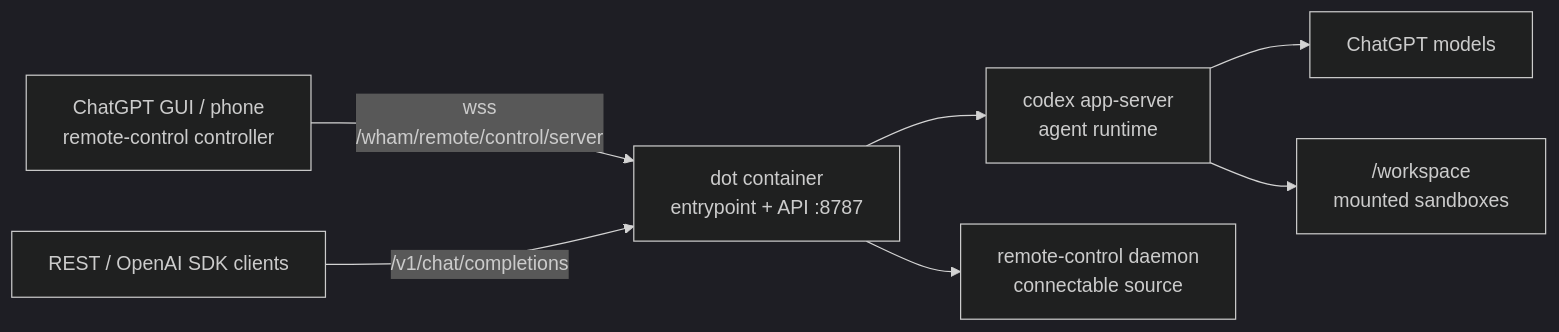
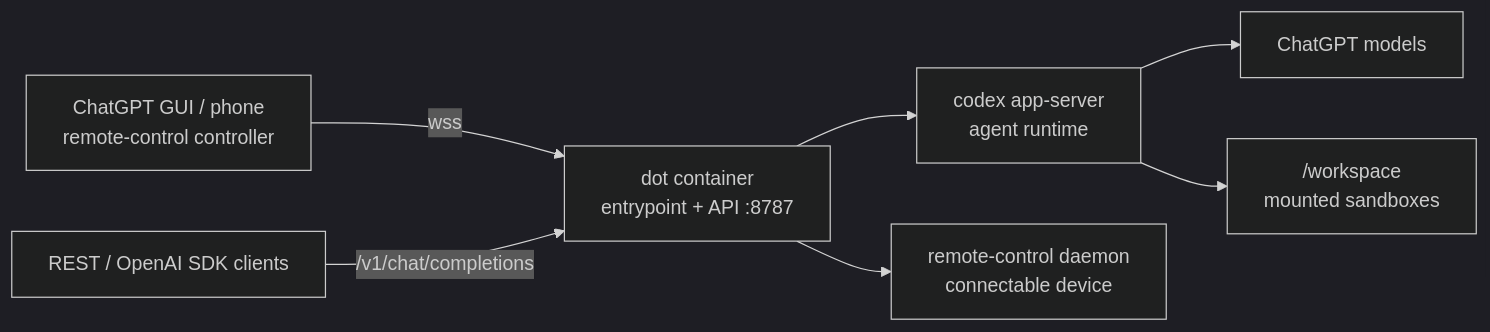
The diagram in README.md (EricVogt93/dot), drawn with Mermaid (dark theme) before and after one commit. The commit also changed other lines of this file and 23 other files, not shown here.

````diff
--- a/README.md
+++ b/README.md
@@ -26,9 +36,9 @@
 ```mermaid
 flowchart LR
-  GUI["ChatGPT GUI / phone<br/>remote-control controller"] -->|"wss<br/>/wham/remote/control/server"| DOT
+  GUI["ChatGPT GUI / phone<br/>remote-control controller"] -->|"wss"| DOT
   API["REST / OpenAI SDK clients"] -->|"/v1/chat/completions"| DOT
   DOT["dot container<br/>entrypoint + API :8787"] --> APP["codex app-server<br/>agent runtime"]
   APP --> MODEL["ChatGPT models"]
   APP --> WS["/workspace<br/>mounted sandboxes"]
-  DOT --> DAEMON["remote-control daemon<br/>connectable source"]
+  DOT --> DAEMON["remote-control daemon<br/>connectable device"]
 ```
````
